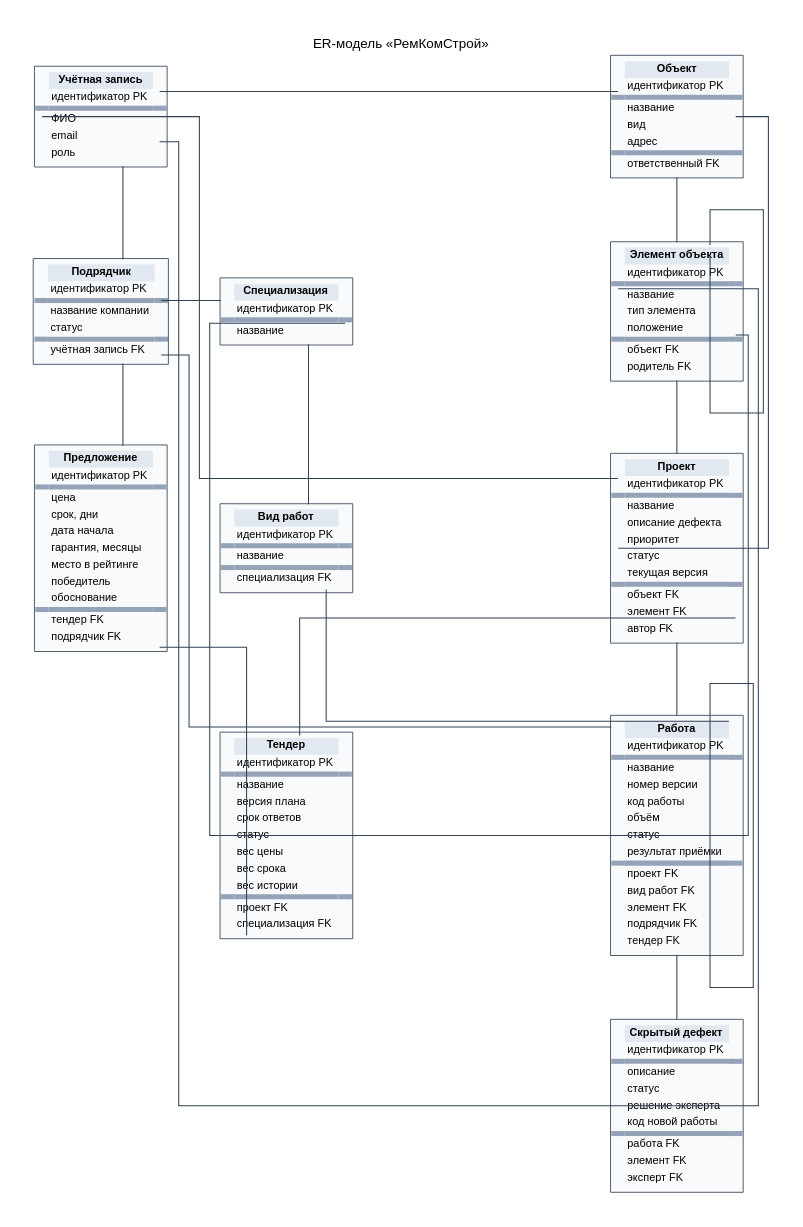
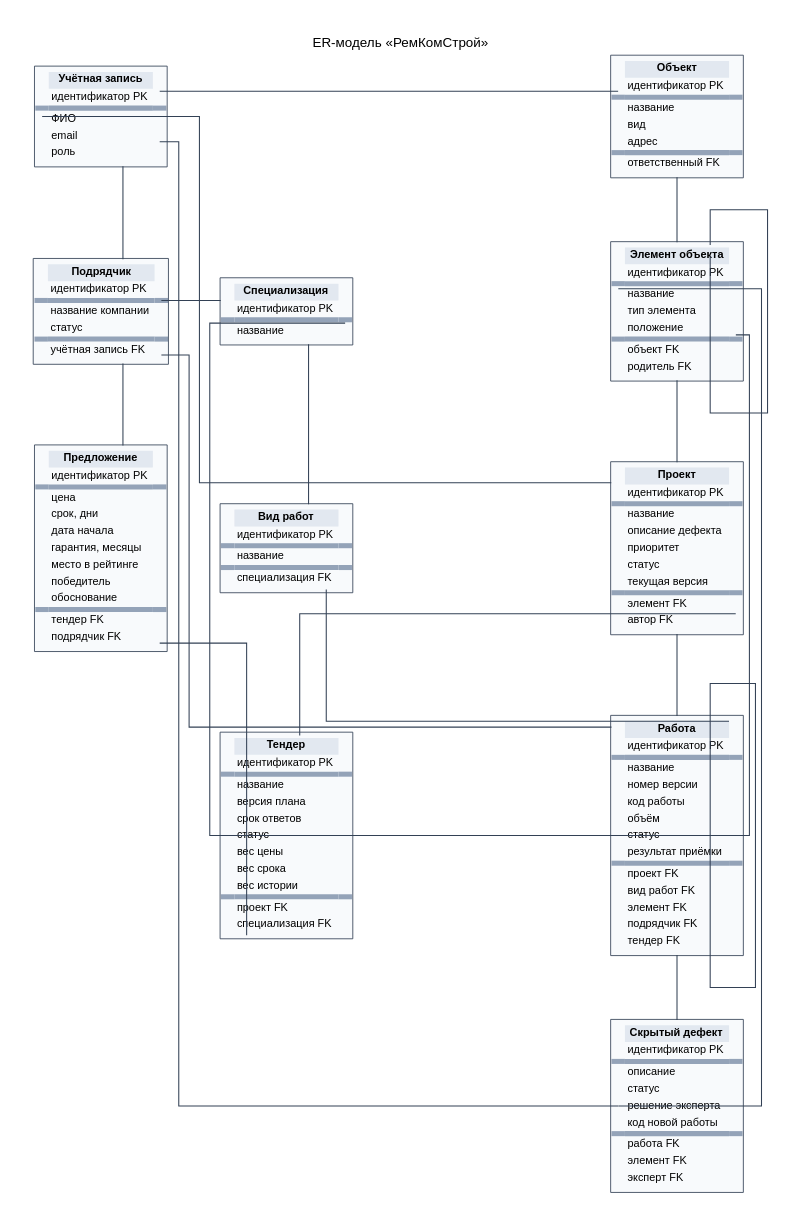
The diagram in docs/er/remkomstroy.dot (Dmitry-Kuzmin456/is_coursework), drawn with Graphviz before and after one commit. The commit also changed 5 other files, not shown here.

Commit message:
new er in drawio

```diff
--- a/docs/er/remkomstroy.dot
+++ b/docs/er/remkomstroy.dot
@@ -104,7 +104,6 @@
       <TR><TD></TD><TD ALIGN="LEFT">статус</TD><TD></TD></TR>
       <TR><TD></TD><TD ALIGN="LEFT">текущая версия</TD><TD></TD></TR>
       <TR><TD HEIGHT="1" BGCOLOR="#94A3B8"></TD><TD HEIGHT="1" BGCOLOR="#94A3B8"></TD><TD HEIGHT="1" BGCOLOR="#94A3B8"></TD></TR>
-      <TR><TD PORT="w2"></TD><TD ALIGN="LEFT">объект FK</TD><TD PORT="e2"></TD></TR>
       <TR><TD PORT="w3"></TD><TD ALIGN="LEFT">элемент FK</TD><TD PORT="e3"></TD></TR>
       <TR><TD PORT="w4"></TD><TD ALIGN="LEFT">автор FK</TD><TD PORT="e4"></TD></TR>
       <TR><TD PORT="botl" HEIGHT="6"></TD><TD PORT="bot" HEIGHT="6"></TD><TD PORT="botr" HEIGHT="6"></TD></TR>
@@ -219,7 +218,6 @@
   contractor:botr -> work:left [comment="odottee,crowodot" constraint=false]
 
   facility:bot -> element:top [comment="teetee,crowodot"]
-  facility:botr -> project:topl [comment="teetee,crowodot" constraint=false]
 
   element:topr -> element:right [comment="odottee,crowodot" constraint=false]
   element:bot -> project:top [comment="teetee,crowodot"]
```
